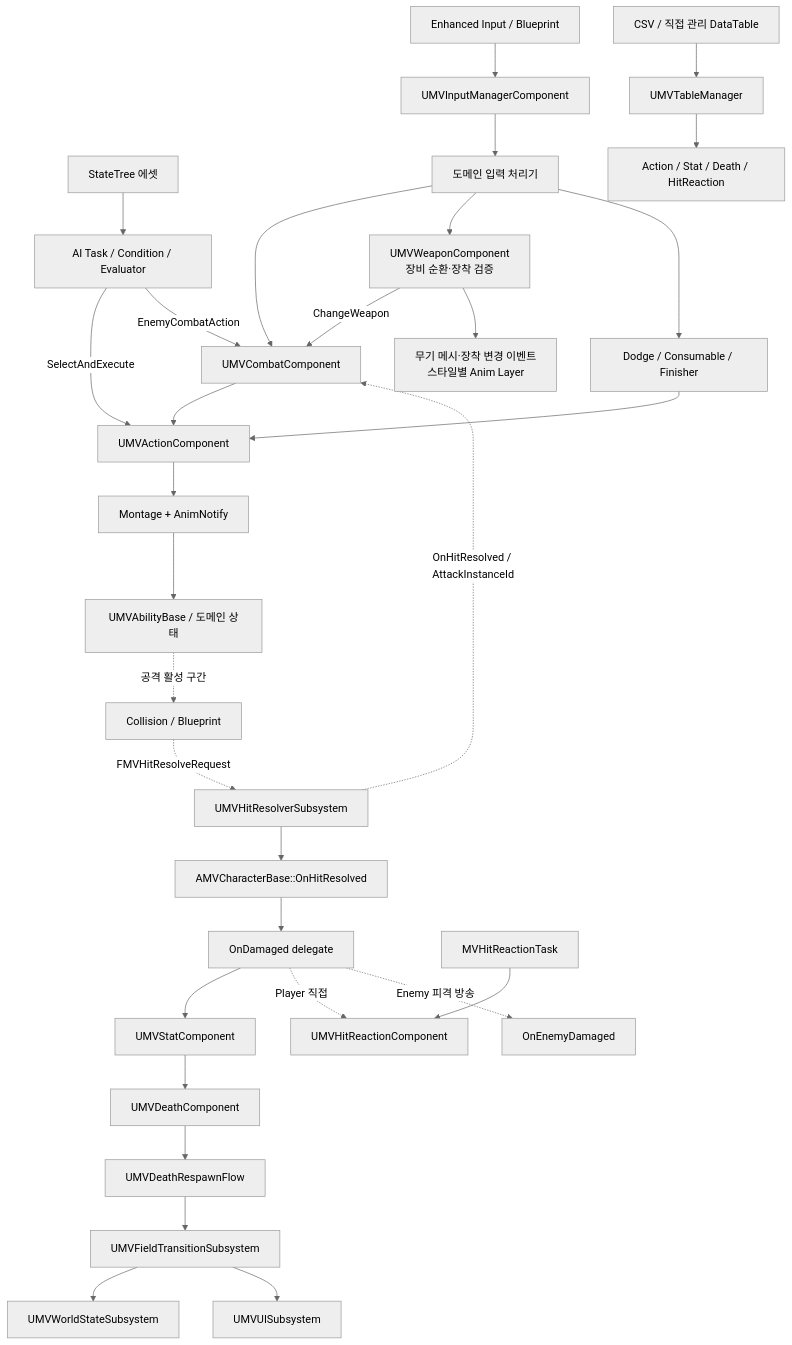
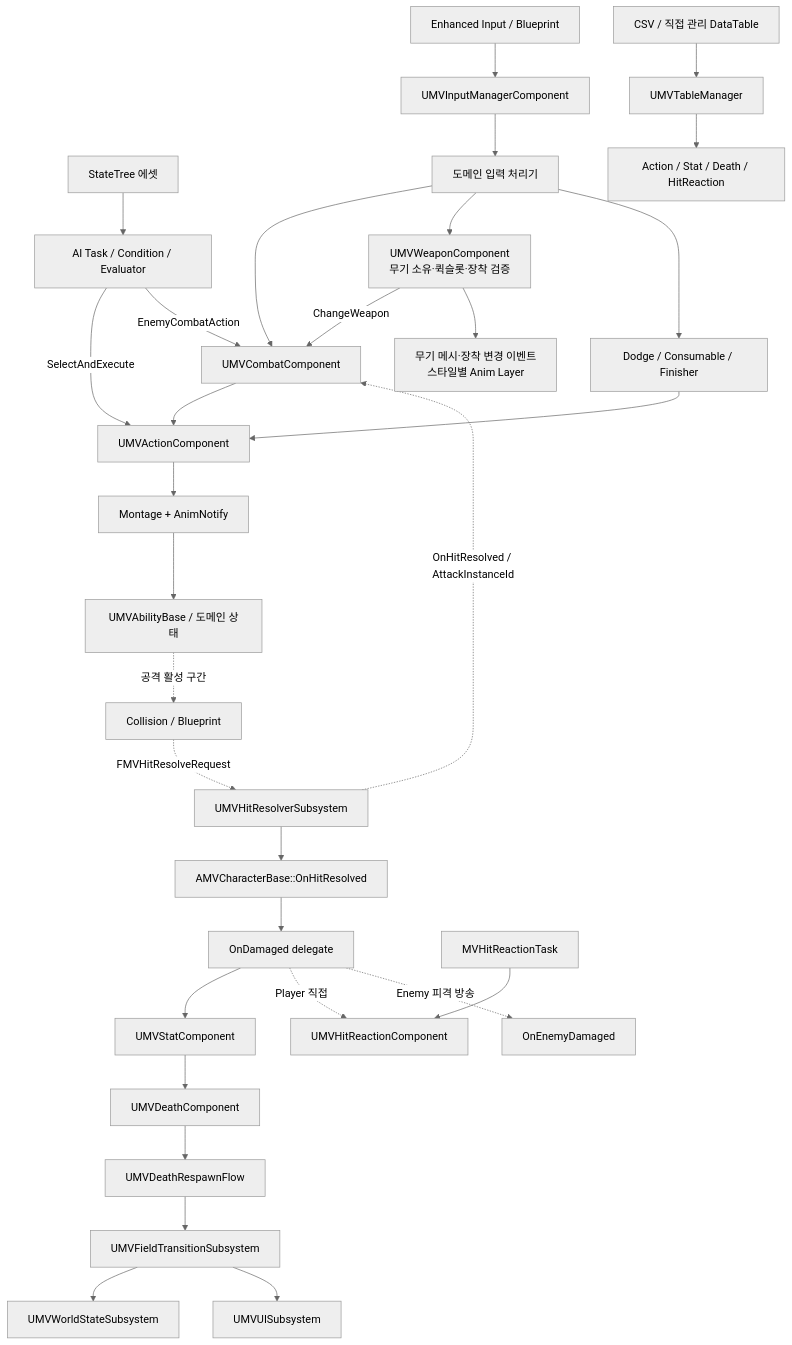
The diagram in docs/wiki/Architecture/document.md (DreamersStudio3/Maverick), drawn with Mermaid (neutral theme) before and after one commit. The commit also changed other lines of this file and 2 other files, not shown here.

Commit message:
문서 수정: 무기 소유 및 퀵슬롯 계약 반영

````diff
--- a/docs/wiki/Architecture/document.md
+++ b/docs/wiki/Architecture/document.md
@@ -17,33 +17,33 @@
 ```mermaid
 flowchart TD
     Input["Enhanced Input / Blueprint"] --> InputManager["UMVInputManagerComponent"]
     StateTree["StateTree 에셋"] --> AITasks["AI Task / Condition / Evaluator"]
     InputManager --> Handlers["도메인 입력 처리기"]
     AITasks -->|SelectAndExecute| Action["UMVActionComponent"]
     AITasks -->|EnemyCombatAction| Combat["UMVCombatComponent"]
     Handlers --> Combat
-    Handlers --> Weapon["UMVWeaponComponent<br/>장비 순환·장착 검증"]
+    Handlers --> Weapon["UMVWeaponComponent<br/>무기 소유·퀵슬롯·장착 검증"]
     Weapon -->|ChangeWeapon| Combat
     Weapon --> WeaponVisual["무기 메시·장착 변경 이벤트<br/>스타일별 Anim Layer"]
     Handlers --> PlayerDomains["Dodge / Consumable / Finisher"]
     Combat --> Action
     PlayerDomains --> Action
     Action --> Montage["Montage + AnimNotify"]
     Montage --> Ability["UMVAbilityBase / 도메인 상태"]
     Ability -. "공격 활성 구간" .-> HitSource["Collision / Blueprint"]
     HitSource -. "FMVHitResolveRequest" .-> HitResolver["UMVHitResolverSubsystem"]
     HitResolver -. "OnHitResolved / AttackInstanceId" .-> Combat
     HitResolver --> CharacterBridge["AMVCharacterBase::OnHitResolved"]
     CharacterBridge --> OnDamaged["OnDamaged delegate"]
     OnDamaged --> Stat["UMVStatComponent"]
     OnDamaged -. "Player 직접" .-> HitReaction["UMVHitReactionComponent"]
     OnDamaged -. "Enemy 피격 방송" .-> EnemyDamaged["OnEnemyDamaged"]
     EnemyTask["MVHitReactionTask"] --> HitReaction
     Stat --> Death["UMVDeathComponent"]
     Death --> Respawn["UMVDeathRespawnFlow"]
     Respawn --> Transition["UMVFieldTransitionSubsystem"]
     Transition --> WorldState["UMVWorldStateSubsystem"]
     Transition --> UI["UMVUISubsystem"]
     Tables["CSV / 직접 관리 DataTable"] --> TableManager["UMVTableManager"]
     TableManager --> RuntimeConsumers["Action / Stat / Death / HitReaction"]
 ```
````
